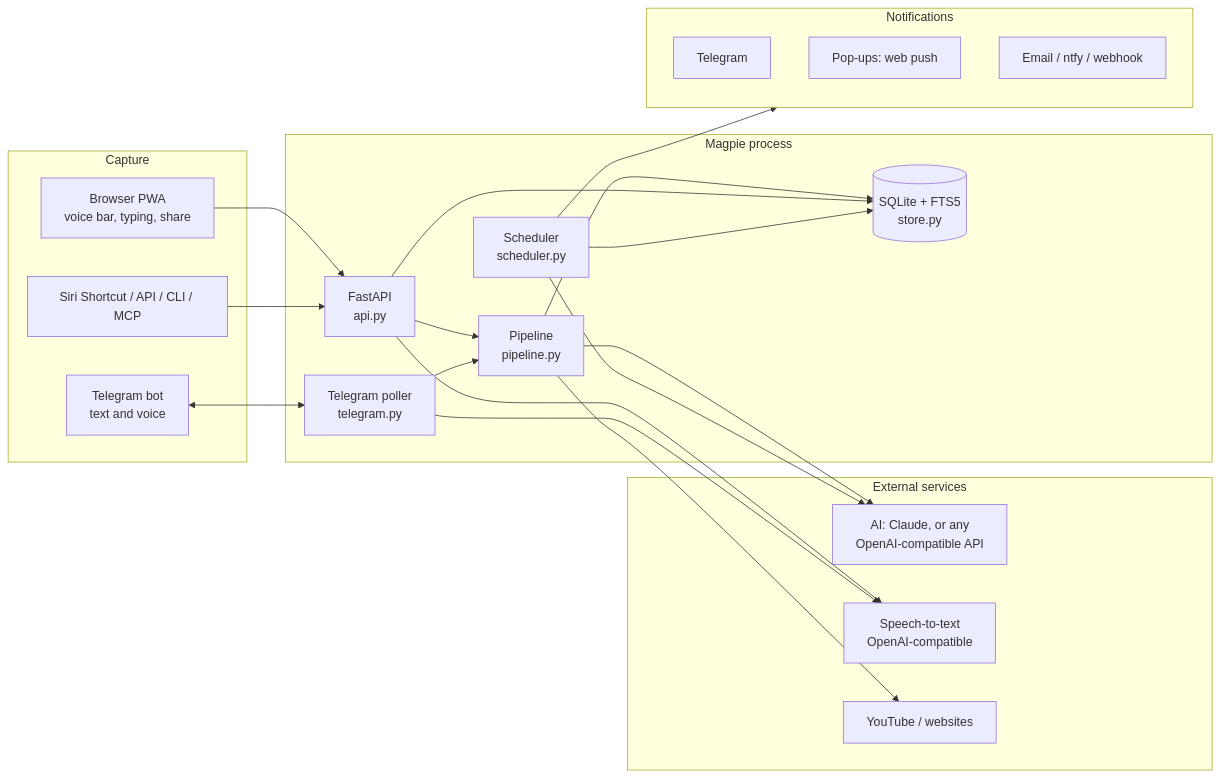
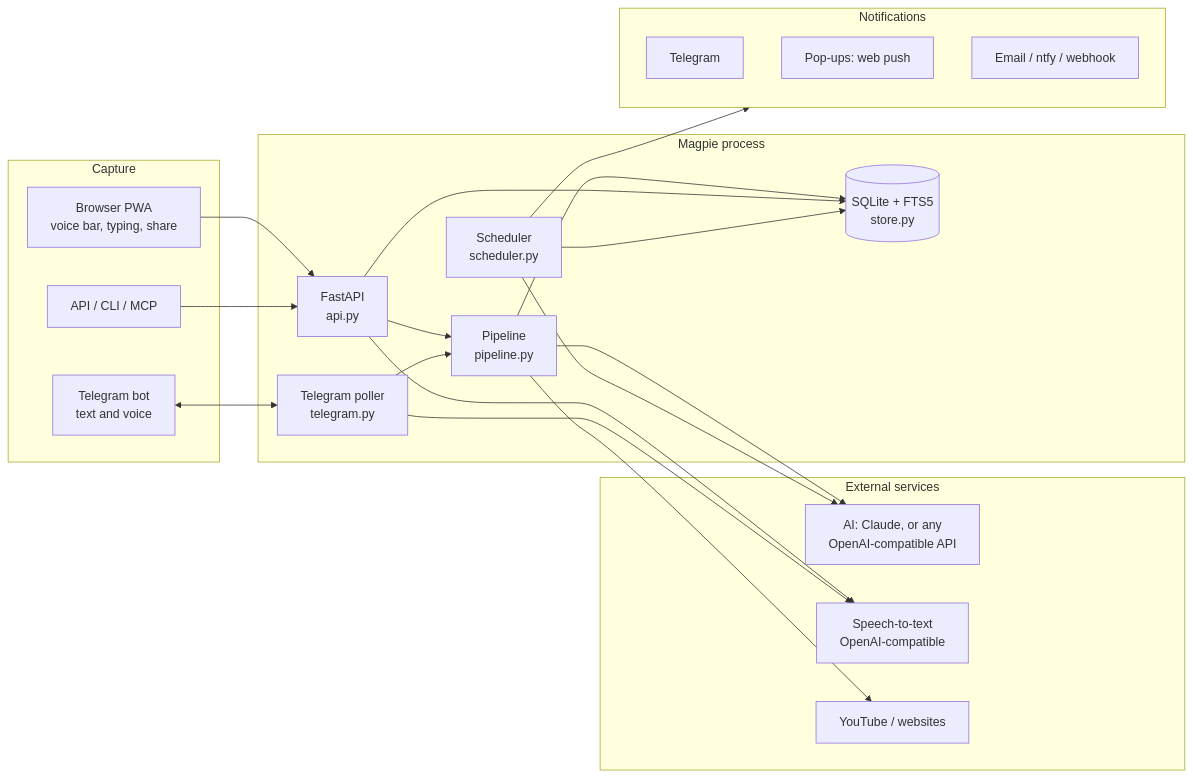
The first of 4 diagrams in docs/architecture.md (Coder-ux-coder/magpie), drawn with Mermaid before and after one commit. The commit also changed other lines of this file and 51 other files, not shown here.

````diff
--- a/docs/architecture.md
+++ b/docs/architecture.md
@@ -8,39 +7,39 @@
 ```mermaid
 flowchart LR
     subgraph Capture
         B[Browser PWA<br/>voice bar, typing, share]
         T[Telegram bot<br/>text and voice]
-        S[Siri Shortcut / API / CLI / MCP]
+        S[API / CLI / MCP]
     end
     subgraph Magpie[Magpie process]
         API[FastAPI<br/>api.py]
         P[Pipeline<br/>pipeline.py]
         SCH[Scheduler<br/>scheduler.py]
         BOT[Telegram poller<br/>telegram.py]
         DB[(SQLite + FTS5<br/>store.py)]
     end
     subgraph Outside[External services]
         C[AI: Claude, or any<br/>OpenAI-compatible API]
         STT[Speech-to-text<br/>OpenAI-compatible]
         WEB[YouTube / websites]
     end
     subgraph Notify[Notifications]
         N1[Telegram]
         N2[Pop-ups: web push]
         N3[Email / ntfy / webhook]
     end
     B --> API
     S --> API
     T <--> BOT
     API --> P
     BOT --> P
     P --> C
     P --> WEB
     API --> STT
     BOT --> STT
     P --> DB
     API --> DB
     SCH --> DB
     SCH --> Notify
     SCH --> C
 ```
````
